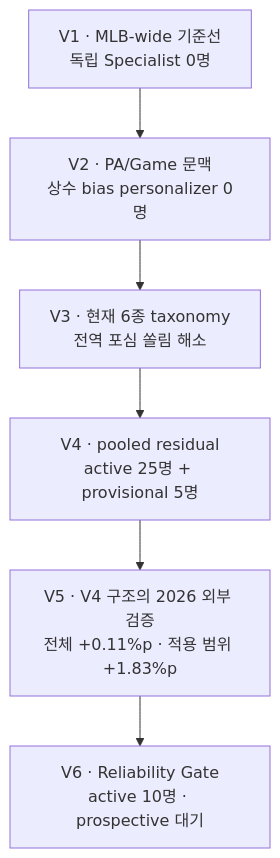
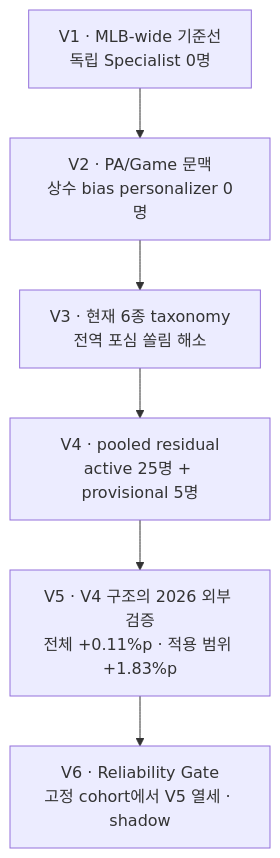
The first of 2 diagrams in reports/README.md (madcamp-official/OyarZabal), drawn with Mermaid before and after one commit. The commit also changed other lines of this file and 8 other files, not shown here.

````diff
--- a/reports/README.md
+++ b/reports/README.md
@@ -15,10 +15,10 @@
 ```mermaid
 flowchart TD
     V1["V1 · MLB-wide 기준선<br/>독립 Specialist 0명"]
     V2["V2 · PA/Game 문맥<br/>상수 bias personalizer 0명"]
     V3["V3 · 현재 6종 taxonomy<br/>전역 포심 쏠림 해소"]
     V4["V4 · pooled residual<br/>active 25명 + provisional 5명"]
     V5["V5 · V4 구조의 2026 외부 검증<br/>전체 +0.11%p · 적용 범위 +1.83%p"]
-    V6["V6 · Reliability Gate<br/>active 10명 · prospective 대기"]
+    V6["V6 · Reliability Gate<br/>고정 cohort에서 V5 열세 · shadow"]
     V1 --> V2 --> V3 --> V4 --> V5 --> V6
 ```
````
